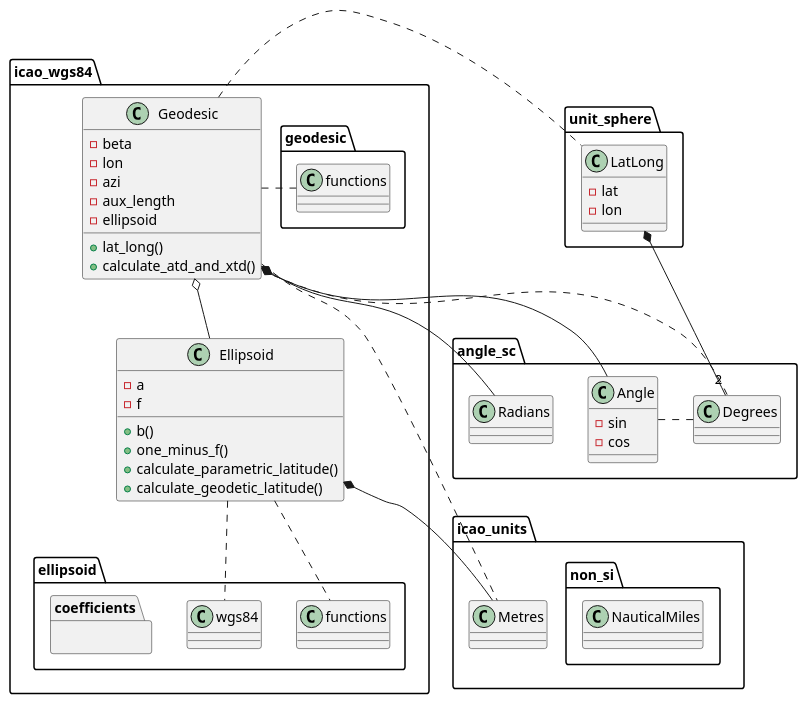
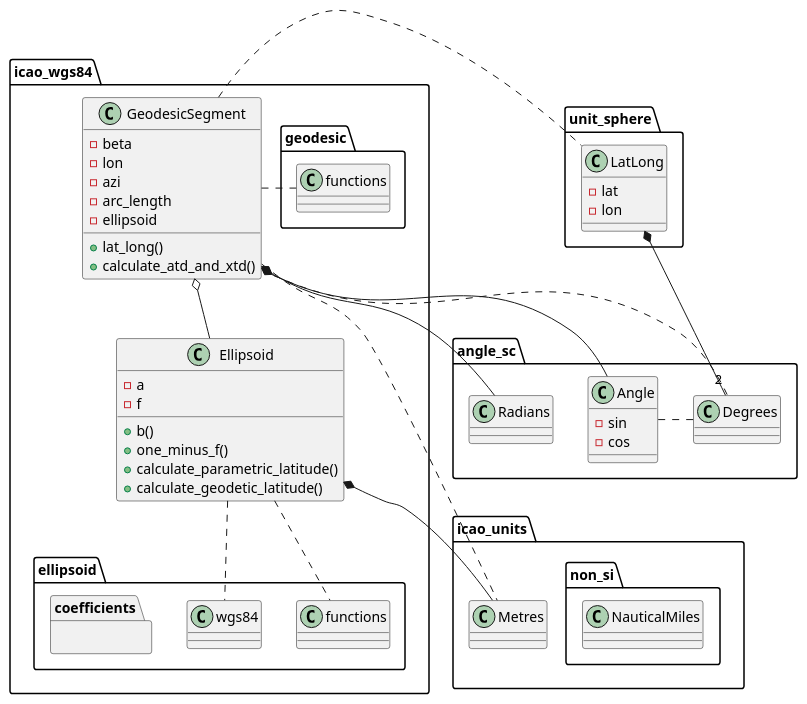
The diagram in docs/uml/ellipsoid_class_diagram.puml (kenba/icao-wgs84-rs), drawn with PlantUML before and after one commit. The commit also changed 5 other files, not shown here.

Commit message:
Rename Geodesic to GeodesicSegment

```diff
--- a/docs/uml/ellipsoid_class_diagram.puml
+++ b/docs/uml/ellipsoid_class_diagram.puml
@@ -1,76 +1,76 @@
 @startuml
 
 'Copyright (c) 2024 Via Technology Ltd. All Rights Reserved.
 
 ' title Ellipsoid Class Diagram
 
 set namespaceSeparator ::
 
     namespace icao_wgs84 {
         namespace geodesic {
         }
 
-        class Geodesic {
+        class GeodesicSegment {
             - beta
             - lon
             - azi
-            - aux_length
+            - arc_length
             - ellipsoid
             + lat_long()
             + calculate_atd_and_xtd()
         }
 
         namespace ellipsoid {
             namespace coefficients {
             }
         }
 
         class Ellipsoid {
             - a
             - f
             + b()
             + one_minus_f()
             + calculate_parametric_latitude()
             + calculate_geodetic_latitude()
         }
 
-        Geodesic o-- Ellipsoid
-        Geodesic . geodesic::functions
+        GeodesicSegment o-- Ellipsoid
+        GeodesicSegment . geodesic::functions
         Ellipsoid . ellipsoid::functions
         Ellipsoid .. ellipsoid::wgs84
     }
 
     namespace unit_sphere {
         class LatLong {
             - lat
             - lon
         }
     }
 
     namespace angle_sc {
         
         class Angle {
             - sin
             - cos
         }
 
         Angle . Degrees
         ' Angle .. Radians
     }
 
     namespace icao_units {
         namespace non_si {
             class NauticalMiles {
 
             }
         }
     }
 
-    icao_wgs84::Geodesic . unit_sphere::LatLong
-    icao_wgs84::Geodesic *-- angle_sc::Angle
-    icao_wgs84::Geodesic .. angle_sc::Degrees
-    icao_wgs84::Geodesic *-- angle_sc::Radians
-    icao_wgs84::Geodesic .. icao_units::Metres
+    icao_wgs84::GeodesicSegment . unit_sphere::LatLong
+    icao_wgs84::GeodesicSegment *-- angle_sc::Angle
+    icao_wgs84::GeodesicSegment .. angle_sc::Degrees
+    icao_wgs84::GeodesicSegment *-- angle_sc::Radians
+    icao_wgs84::GeodesicSegment .. icao_units::Metres
     icao_wgs84::Ellipsoid *--icao_units::Metres
     unit_sphere::LatLong *-- "2" angle_sc::Degrees
 @enduml
```
